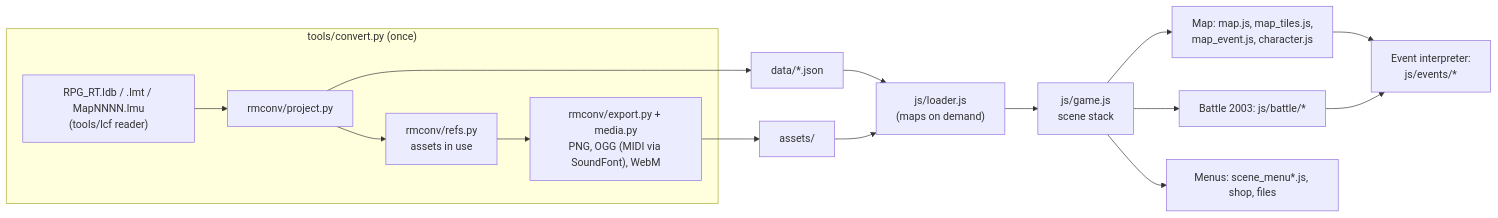
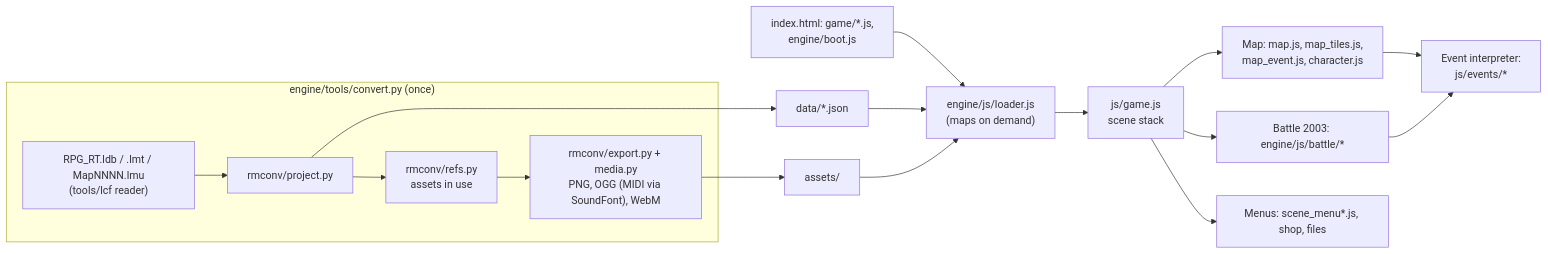
Before and after one commit to diegochagas/holy-avenger: the diagram in README.md, drawn with Mermaid. The commit also changed other lines of this file and 105 other files, not shown here.

````diff
--- a/README.md
+++ b/README.md
@@ -36,18 +43,19 @@
 ```mermaid
 flowchart LR
-  subgraph convert["tools/convert.py (once)"]
+  subgraph convert["engine/tools/convert.py (once)"]
     LCF["RPG_RT.ldb / .lmt / MapNNNN.lmu<br/>(tools/lcf reader)"] --> P["rmconv/project.py"]
     P --> R["rmconv/refs.py<br/>assets in use"]
     R --> X["rmconv/export.py + media.py<br/>PNG, OGG (MIDI via SoundFont), WebM"]
   end
   P --> D["data/*.json"]
   X --> A["assets/"]
-  D --> L["js/loader.js<br/>(maps on demand)"]
+  BOOT["index.html: game/*.js,<br/>engine/boot.js"] --> L
+  D --> L["engine/js/loader.js<br/>(maps on demand)"]
   A --> L
   L --> G["js/game.js<br/>scene stack"]
   G --> M["Map: map.js, map_tiles.js,<br/>map_event.js, character.js"]
-  G --> B["Battle 2003: js/battle/*"]
+  G --> B["Battle 2003: engine/js/battle/*"]
   G --> U["Menus: scene_menu*.js, shop, files"]
   M --> I["Event interpreter:<br/>js/events/*"]
   B --> I
 ```
````
